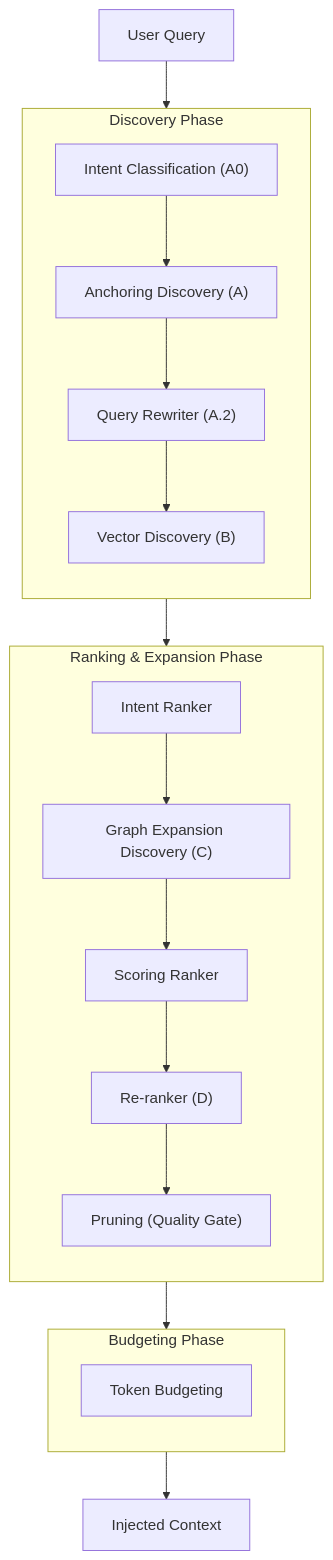
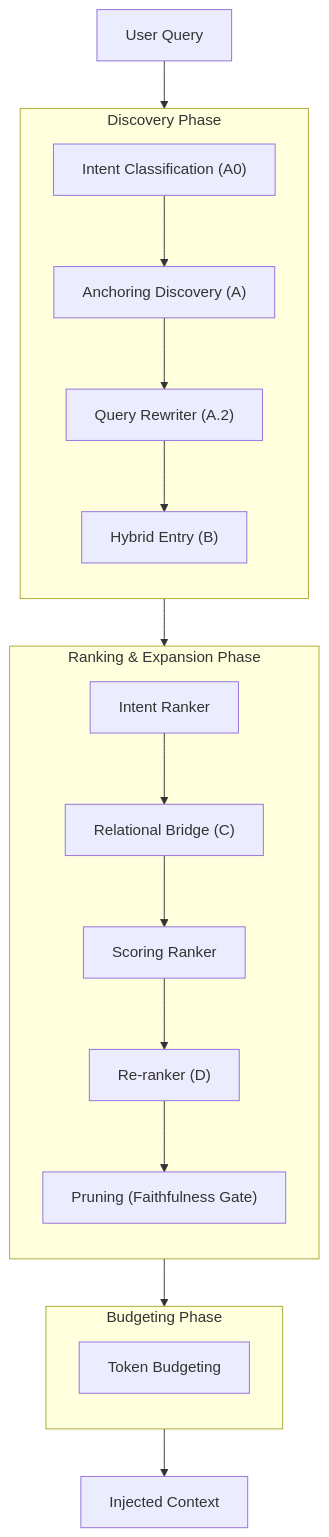
Before and after one commit to hackafterdark/reveriecore: the second of 2 diagrams in DIAGRAM.md, drawn with Mermaid. The commit also changed other lines of this file, not shown here.

Commit message:
diagram docs update

````diff
--- a/DIAGRAM.md
+++ b/DIAGRAM.md
@@ -62,30 +61,30 @@
 ```mermaid
 graph TD
     Query["User Query"] --> Discovery
     
     subgraph Discovery ["Discovery Phase"]
         direction TB
         IC["Intent Classification (A0)"] --> DA["Anchoring Discovery (A)"]
         DA --> DR["Query Rewriter (A.2)"]
-        DR --> DV["Vector Discovery (B)"]
+        DR --> DV["Hybrid Entry (B)"]
     end
     
     Discovery --> Ranking
     
     subgraph Ranking ["Ranking & Expansion Phase"]
         direction TB
-        RI["Intent Ranker"] --> RG["Graph Expansion Discovery (C)"]
+        RI["Intent Ranker"] --> RG["Relational Bridge (C)"]
         RG --> RS["Scoring Ranker"]
         RS --> RR["Re-ranker (D)"]
-        RR --> RP["Pruning (Quality Gate)"]
+        RR --> RP["Pruning (Faithfulness Gate)"]
     end
     
     Ranking --> Budgeting
     
     subgraph Budgeting ["Budgeting Phase"]
         direction TB
         BB["Token Budgeting"]
     end
     
     Budgeting --> Output["Injected Context"]
 ```
````
